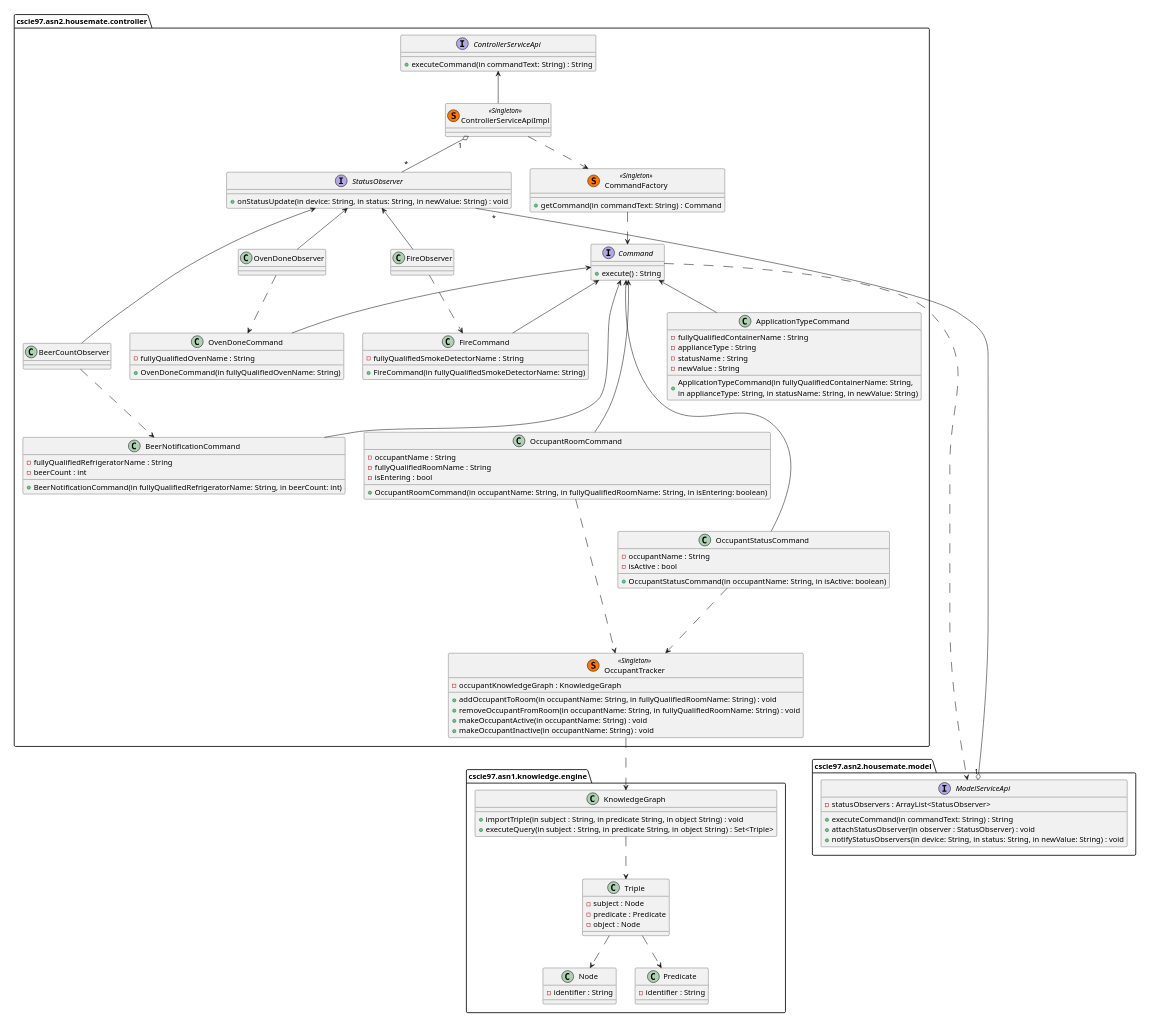
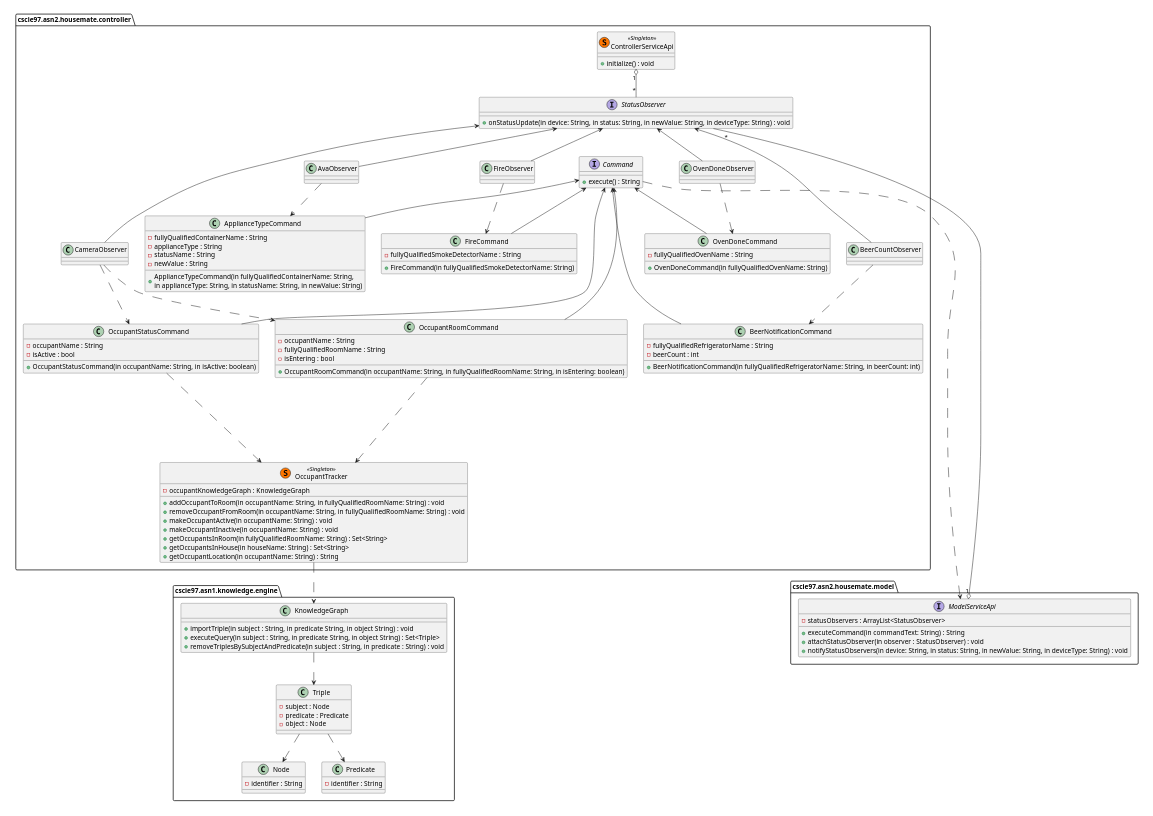
Before and after one commit to erikorlowski/cscie97: the third of 4 diagrams in cscie97/asn3/design.md, drawn with PlantUML. The commit also changed other lines of this file and 9 other files, not shown here.

```diff
--- a/cscie97/asn3/design.md
+++ b/cscie97/asn3/design.md
@@ -157,11 +135,10 @@
 
 package cscie97.asn2.housemate.controller {
     interface ControllerServiceApi {
-        + executeCommand(in commandText: String) : String
     }
 
-    class ControllerServiceApiImpl << (S,#FF7700) Singleton >> {
-        
+    class ControllerServiceApi << (S,#FF7700) Singleton >> {
+        + initialize() : void
     }
 
     class OccupantTracker << (S,#FF7700) Singleton >> {
@@ -170,10 +147,13 @@
         + removeOccupantFromRoom(in occupantName: String, in fullyQualifiedRoomName: String) : void
         + makeOccupantActive(in occupantName: String) : void
         + makeOccupantInactive(in occupantName: String) : void
+        + getOccupantsInRoom(in fullyQualifiedRoomName: String) : Set<String>
+        + getOccupantsInHouse(in houseName: String) : Set<String>
+        + getOccupantLocation(in occupantName: String) : String
     }
 
     interface StatusObserver {
-        + onStatusUpdate(in device: String, in status: String, in newValue: String) : void
+        + onStatusUpdate(in device: String, in status: String, in newValue: String, in deviceType: String) : void
     }
 
     class FireObserver {
@@ -186,20 +166,24 @@
 
     }
 
-    class CommandFactory << (S,#FF7700) Singleton >> {
-        + getCommand(in commandText: String) : Command
+    class AvaObserver {
+
+    }
+
+    class CameraObserver {
+
     }
 
     interface Command {
         + execute() : String
     }
 
-    class ApplicationTypeCommand {
+    class ApplianceTypeCommand {
         - fullyQualifiedContainerName : String
         - applianceType : String
         - statusName : String
         - newValue : String
-        + ApplicationTypeCommand(in fullyQualifiedContainerName: String,\nin applianceType: String, in statusName: String, in newValue: String)
+        + ApplianceTypeCommand(in fullyQualifiedContainerName: String,\nin applianceType: String, in statusName: String, in newValue: String)
     }
 
     class OccupantRoomCommand {
@@ -231,24 +215,26 @@
         + OvenDoneCommand(in fullyQualifiedOvenName: String)
     }
 
-    ControllerServiceApi <-- ControllerServiceApiImpl
-    ControllerServiceApiImpl "1" o-- "*" StatusObserver
+    ControllerServiceApi "1" o-- "*" StatusObserver
     StatusObserver <-- FireObserver
     StatusObserver <--- BeerCountObserver
     StatusObserver <-- OvenDoneObserver
-    Command <-- ApplicationTypeCommand
+    StatusObserver <-- AvaObserver
+    StatusObserver <-- CameraObserver
+    Command <-- ApplianceTypeCommand
     Command <--- OccupantRoomCommand
     Command <--- OccupantStatusCommand
     Command <--- BeerNotificationCommand
     Command <-- FireCommand
     Command <- OvenDoneCommand
-    CommandFactory ..> Command
-    ControllerServiceApiImpl ..> CommandFactory
     OccupantRoomCommand ....> OccupantTracker
     OccupantStatusCommand ..> OccupantTracker
     FireObserver ..> FireCommand
     BeerCountObserver ..> BeerNotificationCommand
     OvenDoneObserver ..> OvenDoneCommand
+    AvaObserver ..> ApplianceTypeCommand
+    CameraObserver ..> OccupantStatusCommand
+    CameraObserver ..> OccupantRoomCommand
 }
 
 package cscie97.asn2.housemate.model {
@@ -256,7 +242,7 @@
         - statusObservers : ArrayList<StatusObserver>
         + executeCommand(in commandText: String) : String
         + attachStatusObserver(in observer : StatusObserver) : void
-        + notifyStatusObservers(in device: String, in status: String, in newValue: String) : void
+        + notifyStatusObservers(in device: String, in status: String, in newValue: String, in deviceType: String) : void
     }
 }
 
@@ -264,6 +250,7 @@
     class KnowledgeGraph {
         + importTriple(in subject : String, in predicate String, in object String) : void
         + executeQuery(in subject : String, in predicate String, in object String) : Set<Triple>
+        + removeTriplesBySubjectAndPredicate(in subject : String, in predicate : String) : void
     }
 
     class Triple {
```
